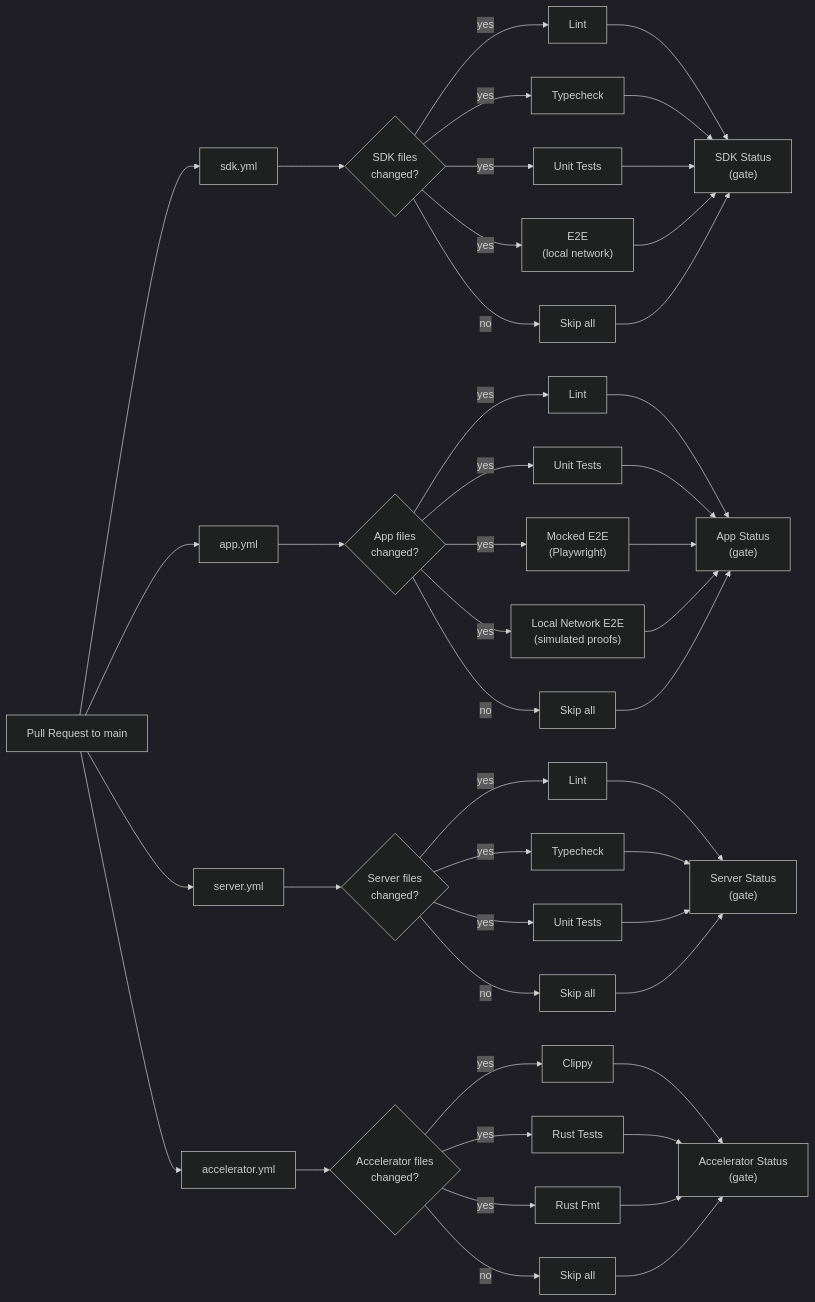
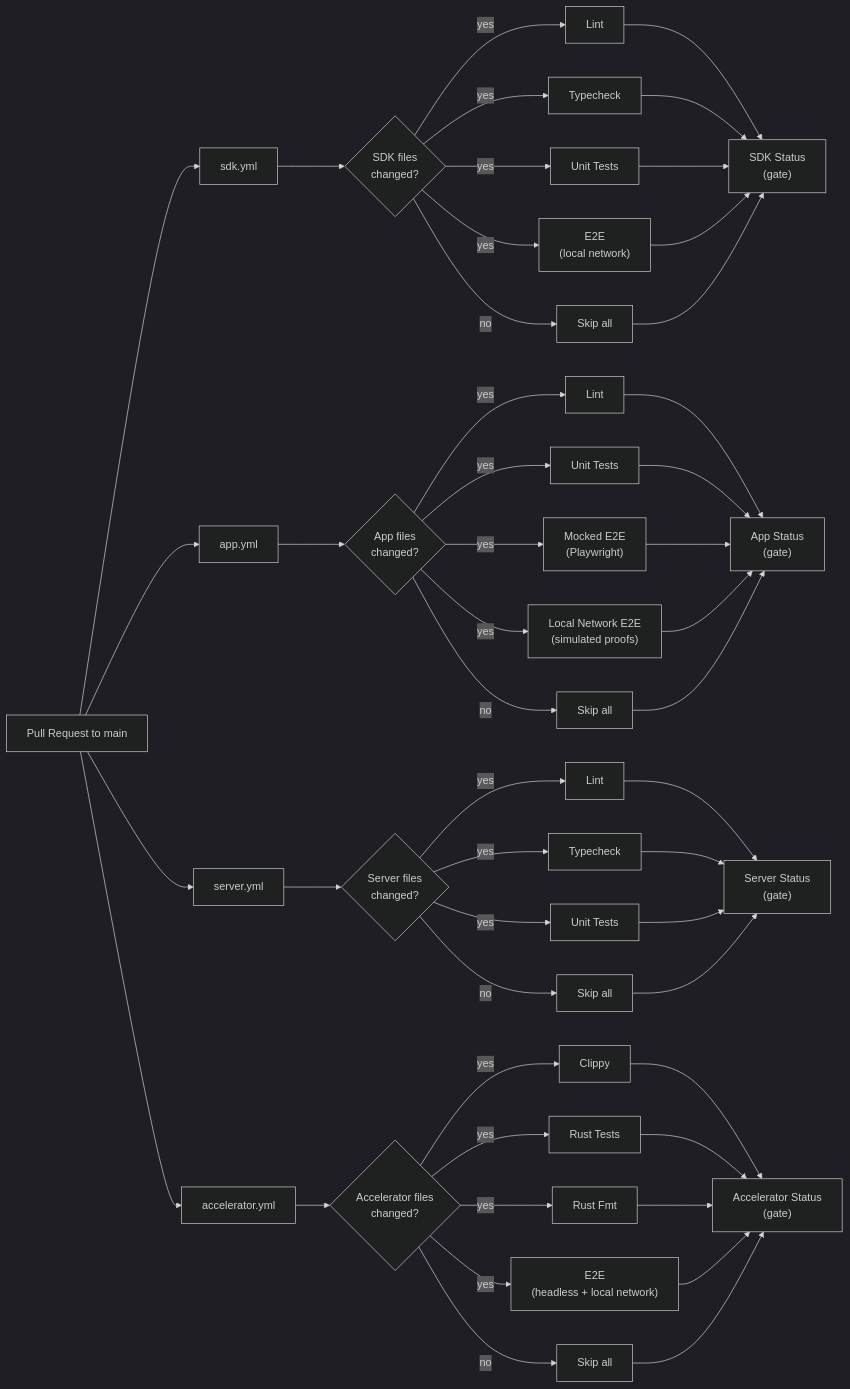
One commit to alejoamiras/tee-rex changed the first of 6 diagrams in docs/ci-pipeline.md. Above: the diagram before and after it, drawn with Mermaid (dark theme). The commit also changed other lines of this file and 9 other files, not shown here.

````diff
--- a/docs/ci-pipeline.md
+++ b/docs/ci-pipeline.md
@@ -24,37 +24,38 @@
 ```mermaid
 graph LR
     PR["Pull Request to main"] --> sdk["sdk.yml"]
     PR --> app["app.yml"]
     PR --> server["server.yml"]
 
     sdk --> sdk_changes{"SDK files\nchanged?"}
     sdk_changes -->|yes| sdk_lint["Lint"]
     sdk_changes -->|yes| sdk_tc["Typecheck"]
     sdk_changes -->|yes| sdk_unit["Unit Tests"]
     sdk_changes -->|yes| sdk_e2e["E2E\n(local network)"]
     sdk_changes -->|no| sdk_skip["Skip all"]
     sdk_lint & sdk_tc & sdk_unit & sdk_e2e & sdk_skip --> sdk_gate["SDK Status\n(gate)"]
 
     app --> app_changes{"App files\nchanged?"}
     app_changes -->|yes| app_lint["Lint"]
     app_changes -->|yes| app_unit["Unit Tests"]
     app_changes -->|yes| app_mocked["Mocked E2E\n(Playwright)"]
     app_changes -->|yes| app_local["Local Network E2E\n(simulated proofs)"]
     app_changes -->|no| app_skip["Skip all"]
     app_lint & app_unit & app_mocked & app_local & app_skip --> app_gate["App Status\n(gate)"]
 
     server --> srv_changes{"Server files\nchanged?"}
     srv_changes -->|yes| srv_lint["Lint"]
     srv_changes -->|yes| srv_tc["Typecheck"]
     srv_changes -->|yes| srv_unit["Unit Tests"]
     srv_changes -->|no| srv_skip["Skip all"]
     srv_lint & srv_tc & srv_unit & srv_skip --> srv_gate["Server Status\n(gate)"]
 
     PR --> accel["accelerator.yml"]
     accel --> accel_changes{"Accelerator files\nchanged?"}
     accel_changes -->|yes| accel_clippy["Clippy"]
     accel_changes -->|yes| accel_test["Rust Tests"]
     accel_changes -->|yes| accel_fmt["Rust Fmt"]
+    accel_changes -->|yes| accel_e2e["E2E\n(headless + local network)"]
     accel_changes -->|no| accel_skip["Skip all"]
-    accel_clippy & accel_test & accel_fmt & accel_skip --> accel_gate["Accelerator Status\n(gate)"]
+    accel_clippy & accel_test & accel_fmt & accel_e2e & accel_skip --> accel_gate["Accelerator Status\n(gate)"]
 ```
````
